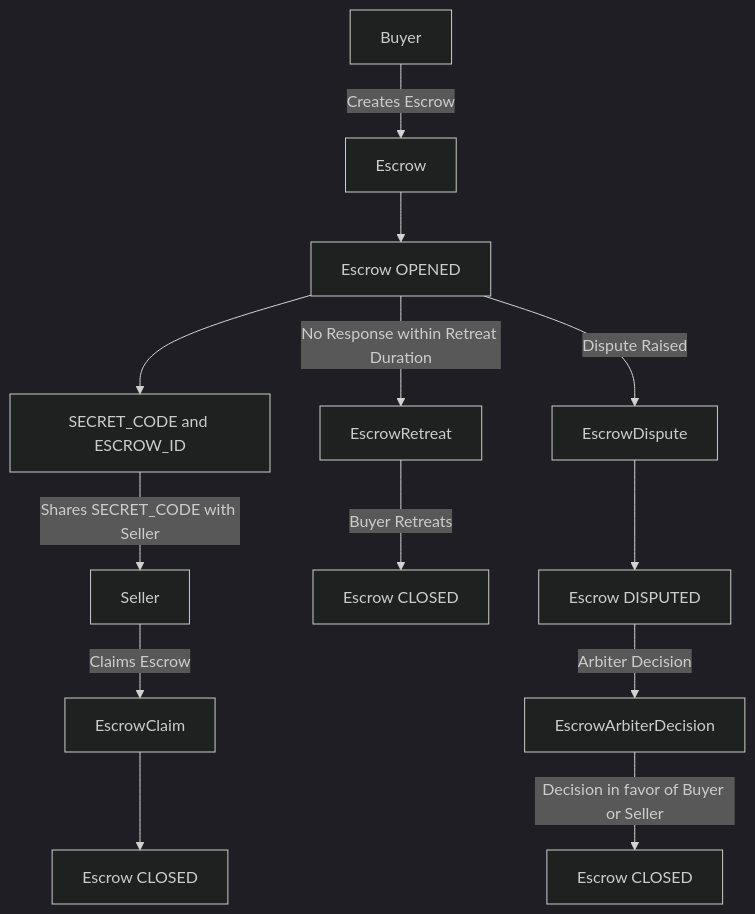
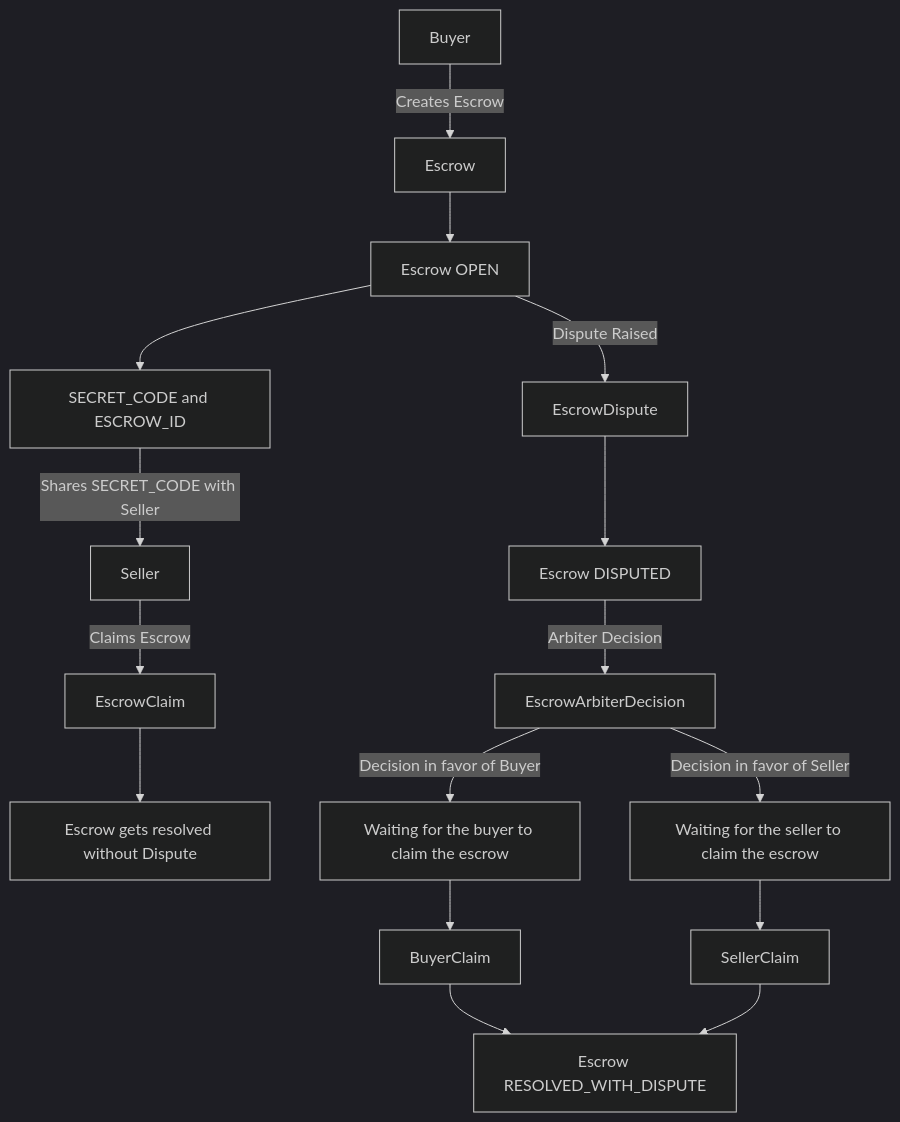
The diagram in README.md (harsh-ps-2003/escrow), drawn with Mermaid (dark theme) before and after one commit. The commit also changed other lines of this file and 3 other files, not shown here.

````diff
--- a/README.md
+++ b/README.md
@@ -62,15 +67,18 @@
 ```mermaid
 graph TD
     A[Buyer] -->|Creates Escrow| B[Escrow]
-    B --> C[Escrow OPENED]
+    B --> C[Escrow OPEN]
     C --> D[SECRET_CODE and ESCROW_ID]
     D -->|Shares SECRET_CODE with Seller| E[Seller]
     E -->|Claims Escrow| F[EscrowClaim]
-    F --> G[Escrow CLOSED]
-    C -->|No Response within Retreat Duration| H[EscrowRetreat]
-    H -->|Buyer Retreats| I[Escrow CLOSED]
+    F --> G[Escrow gets resolved without Dispute]
     C -->|Dispute Raised| J[EscrowDispute]
     J --> K[Escrow DISPUTED]
     K -->|Arbiter Decision| L[EscrowArbiterDecision]
-    L -->|Decision in favor of Buyer or Seller| M[Escrow CLOSED]
+    L -->|Decision in favor of Buyer| M[Waiting for the buyer to claim the escrow]
+    L -->|Decision in favor of Seller| N[Waiting for the seller to claim the escrow]
+    M --> O[BuyerClaim]
+    N --> P[SellerClaim]
+    O --> Q[Escrow RESOLVED_WITH_DISPUTE]
+    P --> Q
 ```
````
